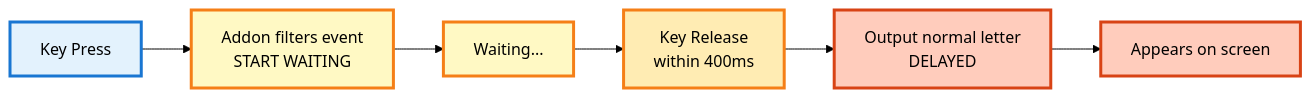
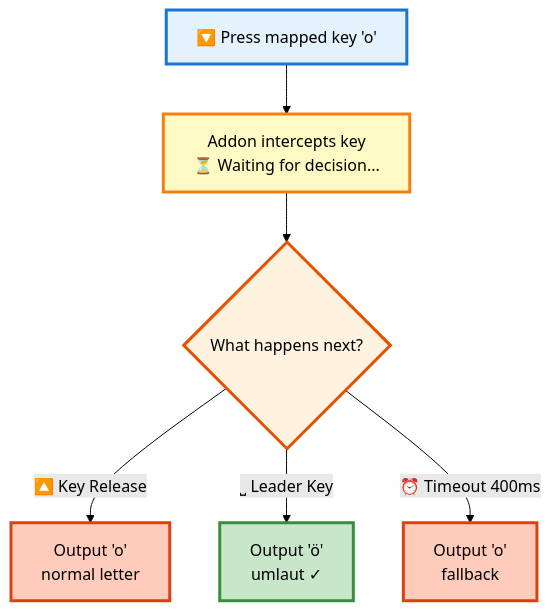
Before and after one commit to Maik-0000FF/schnelle-umlaute: the third of 5 diagrams in README.md, drawn with Mermaid (forest theme). The commit also changed other lines of this file, not shown here.

First line of the commit message:
docs: Fix slot count, reduce redundancy, improve diagrams, add preedit tip

````diff
--- a/README.md
+++ b/README.md
@@ -70,15 +71,15 @@
 ```mermaid
-graph LR
-    A1[Key Press] --> A2[Addon filters event<br/>START WAITING]
-    A2 --> A3[Waiting...]
-    A3 --> A4[Key Release<br/>within 400ms]
-    A4 --> A5[Output normal letter<br/>DELAYED]
-    A5 --> A6[Appears on screen]
+graph TD
+    A1["🔽 Press mapped key 'o'"] --> A2["Addon intercepts key<br/>⏳ Waiting for decision..."]
+    A2 --> A3{What happens next?}
+    A3 -->|"🔼 Key Release"| A4["Output 'o'<br/>normal letter"]
+    A3 -->|"⎵ Leader Key"| A5["Output 'ö'<br/>umlaut ✓"]
+    A3 -->|"⏰ Timeout 400ms"| A6["Output 'o'<br/>fallback"]
 
     style A1 fill:#e3f2fd,stroke:#1976d2,stroke-width:3px,color:#000
     style A2 fill:#fff9c4,stroke:#f57f17,stroke-width:3px,color:#000
-    style A3 fill:#fff9c4,stroke:#f57f17,stroke-width:3px,color:#000
-    style A4 fill:#ffecb3,stroke:#f57f17,stroke-width:3px,color:#000
-    style A5 fill:#ffccbc,stroke:#d84315,stroke-width:3px,color:#000
+    style A3 fill:#fff3e0,stroke:#e65100,stroke-width:3px,color:#000
+    style A4 fill:#ffccbc,stroke:#d84315,stroke-width:3px,color:#000
+    style A5 fill:#c8e6c9,stroke:#388e3c,stroke-width:3px,color:#000
     style A6 fill:#ffccbc,stroke:#d84315,stroke-width:3px,color:#000
 ```
````
